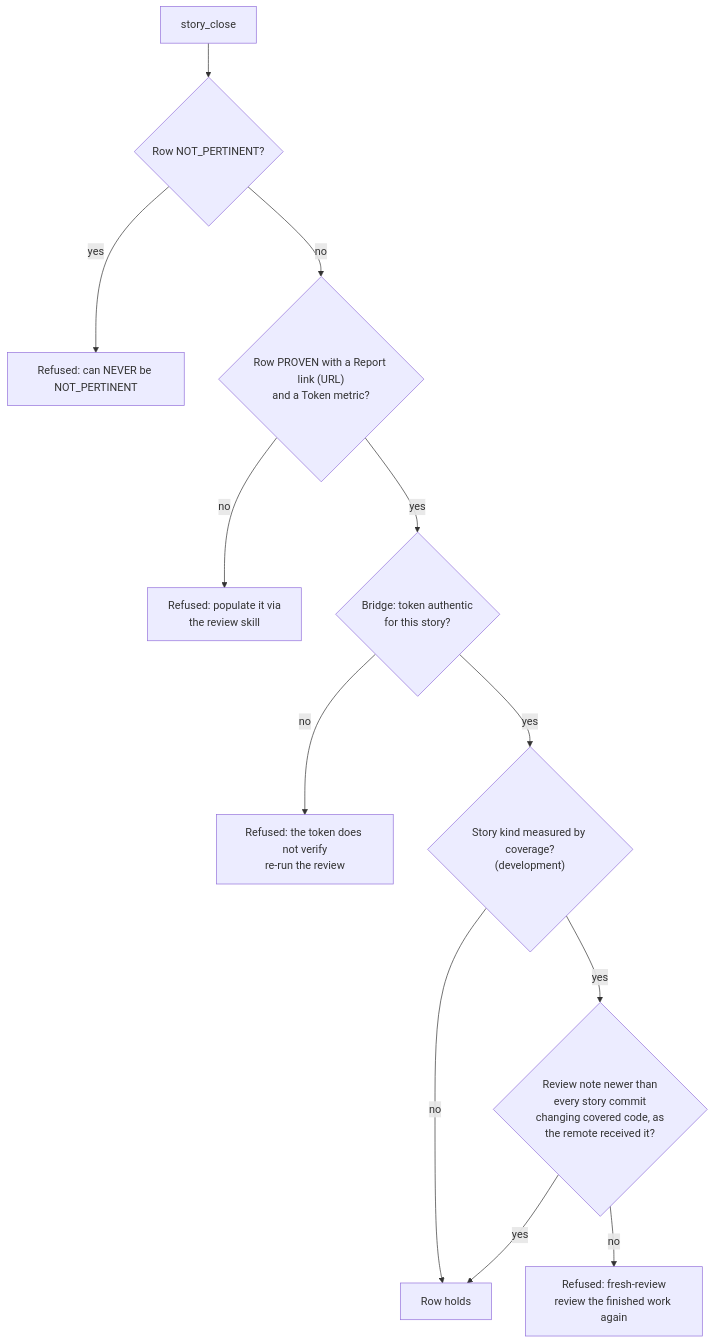
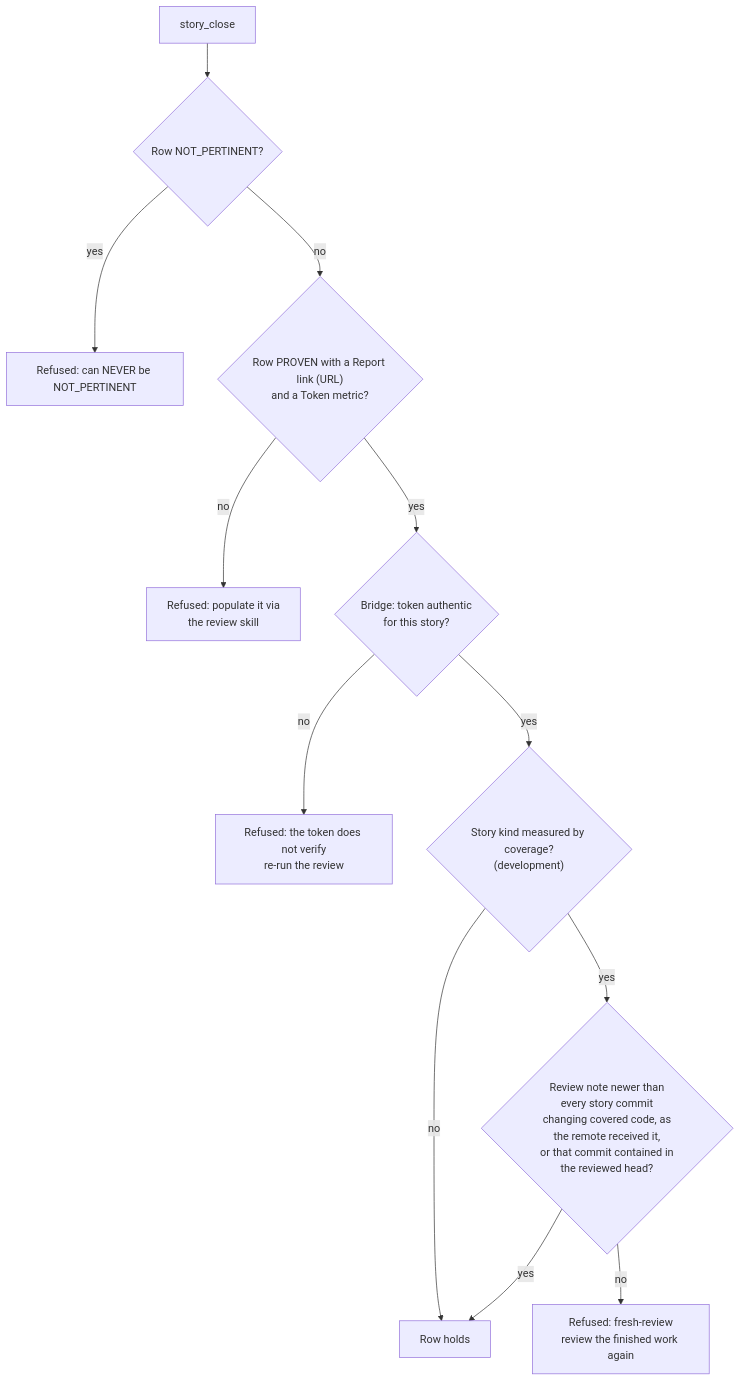
One commit to DogmaSolutions/Kyklos changed the second of 2 diagrams in docs/PROOF_DIMENSION_ADVERSARIAL_REVIEW.md. Above: the diagram before and after it, drawn with Mermaid. The commit also changed other lines of this file and 14 other files, not shown here.

````diff
--- a/docs/PROOF_DIMENSION_ADVERSARIAL_REVIEW.md
+++ b/docs/PROOF_DIMENSION_ADVERSARIAL_REVIEW.md
@@ -100,14 +100,14 @@
 ```mermaid
 flowchart TD
     C["story_close"] --> N{"Row NOT_PERTINENT?"}
     N -- yes --> X1["Refused: can NEVER be NOT_PERTINENT"]
     N -- no --> P{"Row PROVEN with a Report link (URL)<br/>and a Token metric?"}
     P -- no --> X2["Refused: populate it via<br/>the review skill"]
     P -- yes --> V{"Bridge: token authentic<br/>for this story?"}
     V -- no --> X3["Refused: the token does not verify<br/>re-run the review"]
     V -- yes --> K{"Story kind measured by coverage?<br/>(development)"}
     K -- no --> OK["Row holds"]
-    K -- yes --> F{"Review note newer than<br/>every story commit<br/>changing covered code, as<br/>the remote received it?"}
+    K -- yes --> F{"Review note newer than<br/>every story commit<br/>changing covered code, as<br/>the remote received it,<br/>or that commit contained in<br/>the reviewed head?"}
     F -- no --> X4["Refused: fresh-review<br/>review the finished work again"]
     F -- yes --> OK
 ```
````
